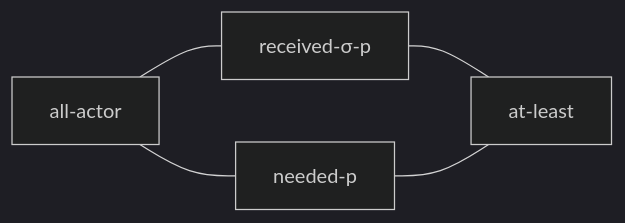
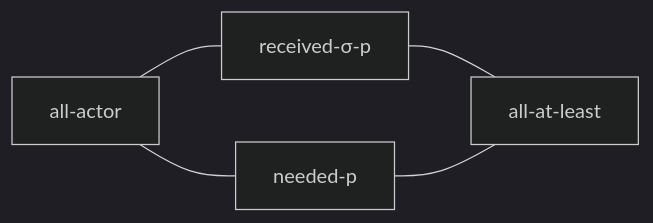
The second of 3 diagrams in docs/README.md (julianmendez/tiles), drawn with Mermaid (dark theme) before and after one commit. The commit also changed other lines of this file, not shown here.

````diff
--- a/docs/README.md
+++ b/docs/README.md
@@ -55,7 +55,7 @@
 ```mermaid
 graph LR;
 all-actor --- received-σ-p;
 all-actor --- needed-p;
-received-σ-p --- at-least;
-needed-p ---  at-least;
+received-σ-p --- all-at-least;
+needed-p ---  all-at-least;
 ```
````
